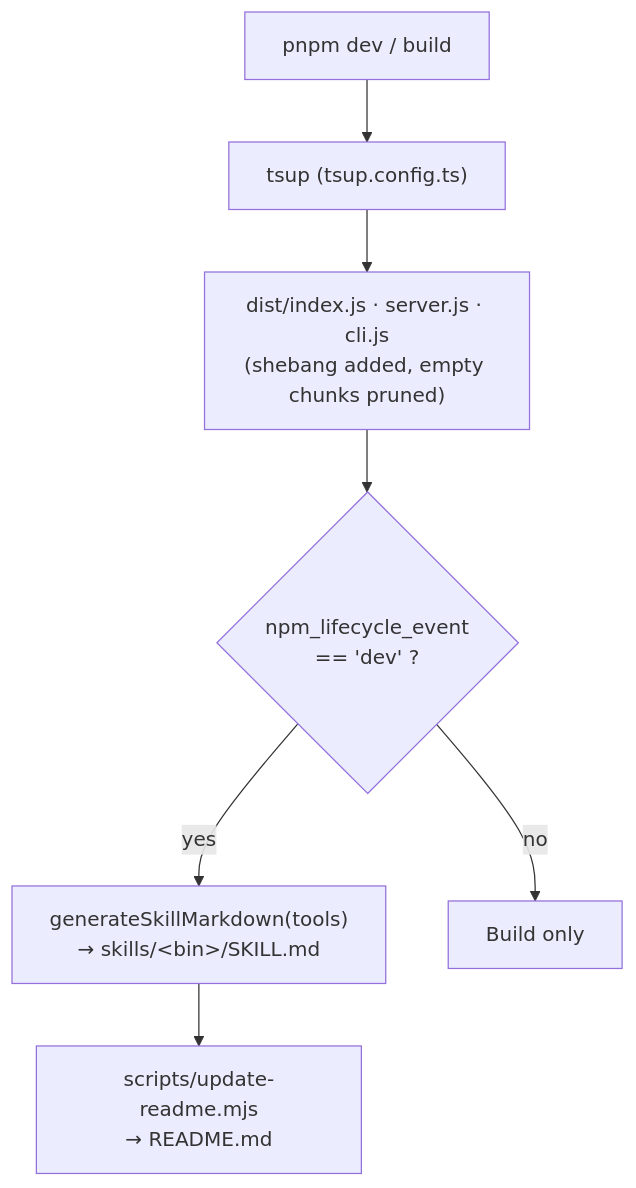
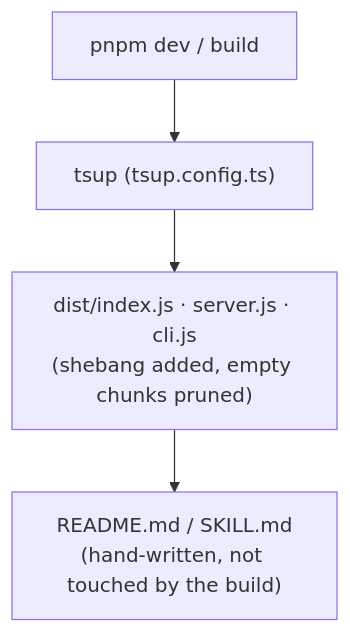
Before and after one commit to jl917/mcp-kit: the third of 4 diagrams in docs/03-architecture.md, drawn with Mermaid. The commit also changed other lines of this file and 43 other files, not shown here.

````diff
--- a/docs/03-architecture.md
+++ b/docs/03-architecture.md
@@ -215,9 +213,6 @@
 ```mermaid
 flowchart TD
     A["pnpm dev / build"] --> B["tsup (tsup.config.ts)"]
     B --> C["dist/index.js · server.js · cli.js<br/>(shebang added, empty chunks pruned)"]
-    C --> D{"npm_lifecycle_event<br/>== 'dev' ?"}
-    D -->|yes| E["generateSkillMarkdown(tools)<br/>→ skills/&lt;bin&gt;/SKILL.md"]
-    E --> F["scripts/update-readme.mjs<br/>→ README.md"]
-    D -->|no| G["Build only"]
+    C --> D["README.md / SKILL.md<br/>(hand-written, not touched by the build)"]
 ```
````
